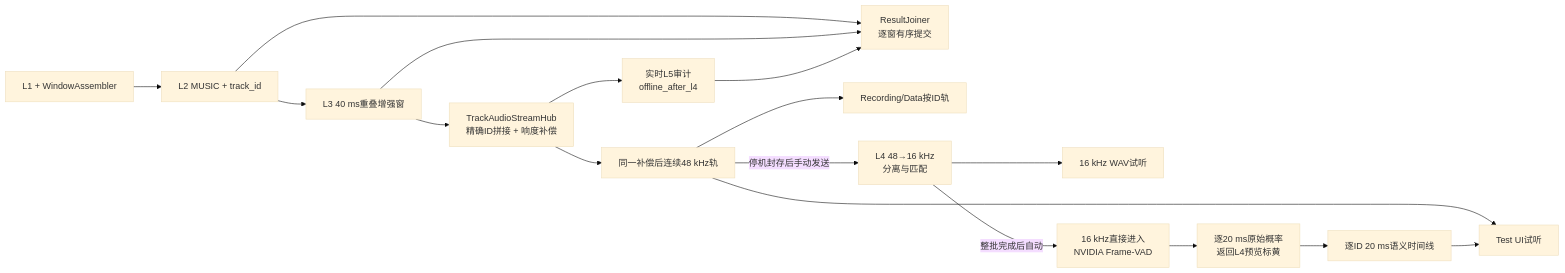
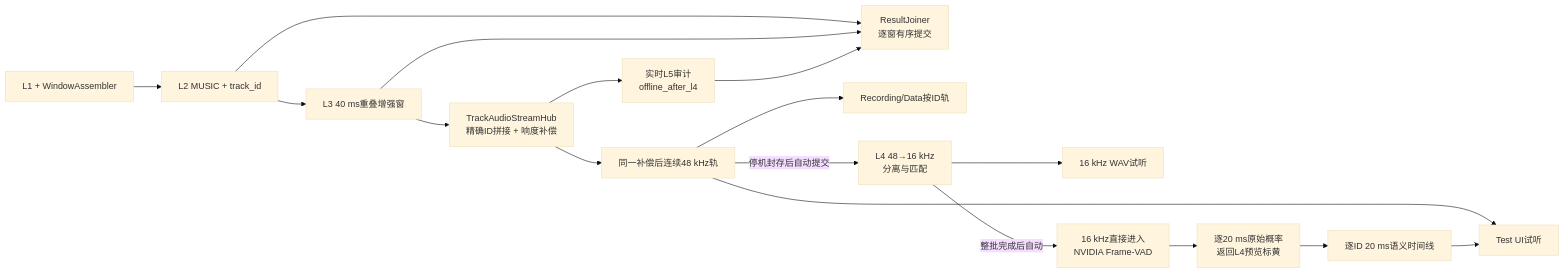
The diagram in ARCHITECTURE_V1.1_TARGET.md (Dwan-123456/micarray-6plus1-voice-direction), drawn with Mermaid (base theme) before and after one commit. The commit also changed other lines of this file and 7 other files, not shown here.

````diff
--- a/ARCHITECTURE_V1.1_TARGET.md
+++ b/ARCHITECTURE_V1.1_TARGET.md
@@ -96,19 +96,19 @@
 ```mermaid
 flowchart LR
     L1["L1 + WindowAssembler"] --> L2["L2 MUSIC + track_id"]
     L2 --> L3["L3 40 ms重叠增强窗"]
     L3 --> HUB
     HUB["TrackAudioStreamHub<br/>精确ID拼接 + 响度补偿"] --> AUDIT["实时L5审计<br/>offline_after_l4"]
     L2 --> JOIN["ResultJoiner<br/>逐窗有序提交"]
     L3 --> JOIN
     AUDIT --> JOIN
     HUB --> TRACK["同一补偿后连续48 kHz轨"]
     TRACK --> UI["Test UI试听"]
     TRACK --> REC["Recording/Data按ID轨"]
-    TRACK -->|"停机封存后手动发送"| L4["L4 48→16 kHz<br/>分离与匹配"]
+    TRACK -->|"停机封存后自动提交"| L4["L4 48→16 kHz<br/>分离与匹配"]
     L4 --> L4UI["16 kHz WAV试听"]
     L4 -->|"整批完成后自动"| NV["16 kHz直接进入<br/>NVIDIA Frame-VAD"]
     NV --> L5["逐20 ms原始概率<br/>返回L4预览标黄"]
     L5 --> SEM["逐ID 20 ms语义时间线"]
     SEM --> UI
 ```
````
